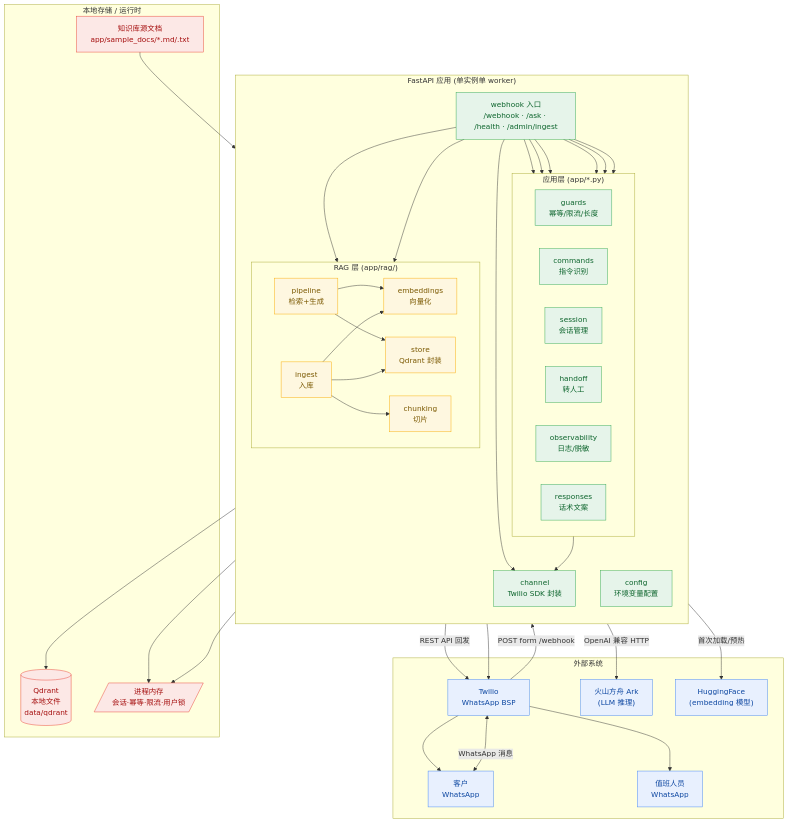
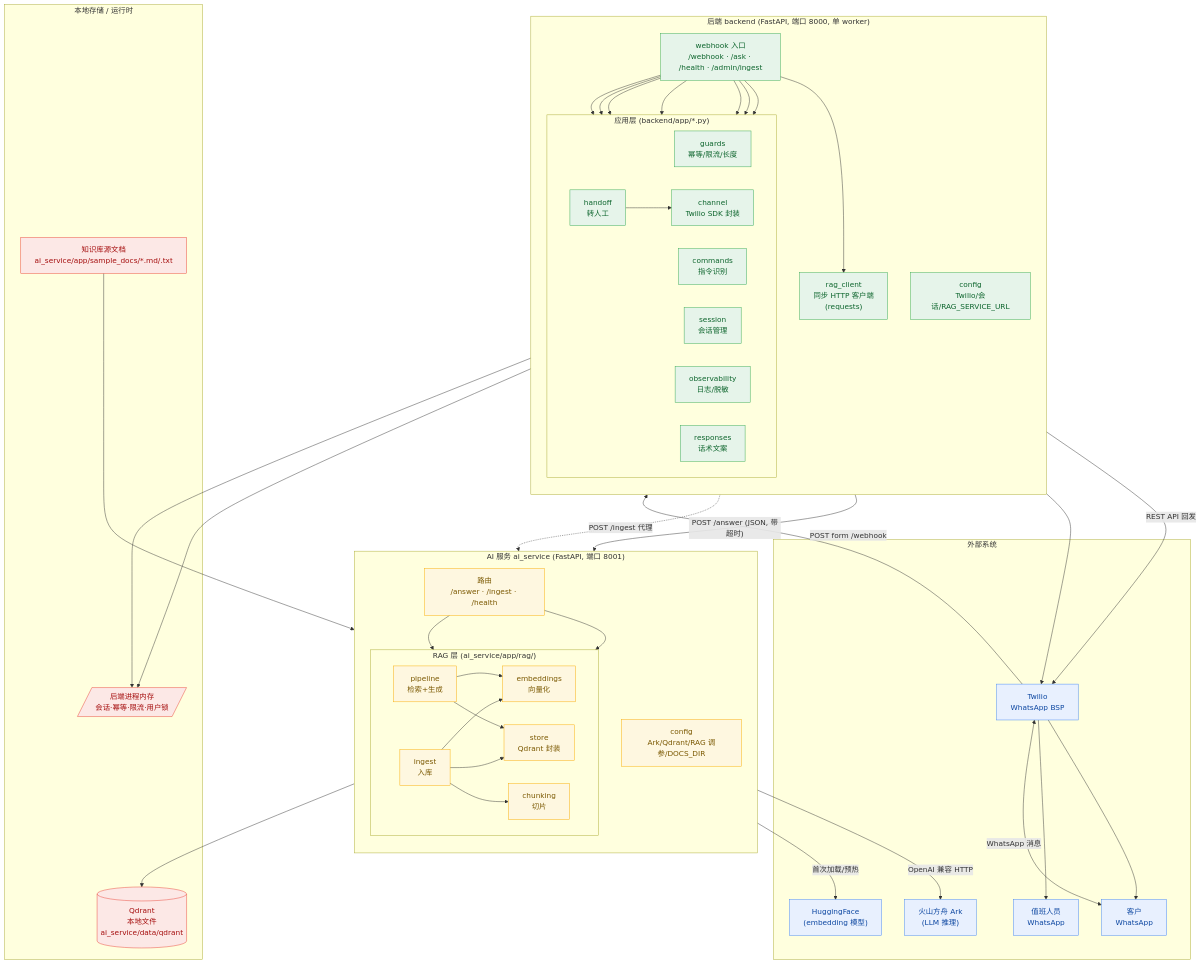
Before and after one commit to xiaozhao0309/whatsAppAgent: the first of 6 diagrams in docs/架构图.md, drawn with Mermaid. The commit also changed other lines of this file and 4 other files, not shown here.

First line of the commit message:
docs: align documentation with two-service (backend + ai_service) architecture

````diff
--- a/docs/架构图.md
+++ b/docs/架构图.md
@@ -16,11 +18,11 @@
         DUTY["值班人员<br/>WhatsApp"]
     end
 
-    subgraph APP["FastAPI 应用 (单实例单 worker)"]
+    subgraph BACKEND["后端 backend (FastAPI, 端口 8000, 单 worker)"]
         direction TB
-        MW["webhook 入口<br/>/webhook · /ask · /health · /admin/ingest"]
+        BW["webhook 入口<br/>/webhook · /ask · /health · /admin/ingest"]
 
-        subgraph CORE["应用层 (app/*.py)"]
+        subgraph BCORE["应用层 (backend/app/*.py)"]
             direction LR
             GD["guards<br/>幂等/限流/长度"]
             CM["commands<br/>指令识别"]
@@ -28,9 +30,18 @@
             HD["handoff<br/>转人工"]
             OBS["observability<br/>日志/脱敏"]
             RESP["responses<br/>话术文案"]
+            BCH["channel<br/>Twilio SDK 封装"]
         end
 
-        subgraph RAG["RAG 层 (app/rag/)"]
+        RC["rag_client<br/>同步 HTTP 客户端<br/>(requests)"]
+        BCFG["config<br/>Twilio/会话/RAG_SERVICE_URL"]
+    end
+
+    subgraph AISVC["AI 服务 ai_service (FastAPI, 端口 8001)"]
+        direction TB
+        AR["路由<br/>/answer · /ingest · /health"]
+
+        subgraph RAG["RAG 层 (ai_service/app/rag/)"]
             direction LR
             PL["pipeline<br/>检索+生成"]
             EM["embeddings<br/>向量化"]
@@ -39,53 +50,57 @@
             IG["ingest<br/>入库"]
         end
 
-        CH["channel<br/>Twilio SDK 封装"]
-        CFG["config<br/>环境变量配置"]
+        ACFG["config<br/>Ark/Qdrant/RAG 调参/DOCS_DIR"]
     end
 
     subgraph DATA["本地存储 / 运行时"]
-        QDR[("Qdrant<br/>本地文件<br/>data/qdrant")]
-        MEM[/"进程内存<br/>会话·幂等·限流·用户锁"/]
-        DOCS["知识库源文档<br/>app/sample_docs/*.md/.txt"]
+        QDR[("Qdrant<br/>本地文件<br/>ai_service/data/qdrant")]
+        MEM[/"后端进程内存<br/>会话·幂等·限流·用户锁"/]
+        DOCS["知识库源文档<br/>ai_service/app/sample_docs/*.md/.txt"]
     end
 
     U <-->|"WhatsApp 消息"| T
-    T -->|"POST form /webhook"| MW
-    MW -->|"REST API 回发"| T
+    T -->|"POST form /webhook"| BW
+    BW -->|"REST API 回发"| T
     T --> U
     T --> DUTY
 
-    MW --> GD
-    MW --> CM
-    MW --> SS
-    MW --> HD
-    MW --> PL
-    MW --> IG
-    MW --> OBS
-    MW --> RESP
+    BW --> GD
+    BW --> CM
+    BW --> SS
+    BW --> HD
+    BW --> RC
+    BW --> OBS
+    BW --> RESP
 
+    HD --> BCH
+    BW --> BCH
+    BCH --> T
+
+    RC -->|"POST /answer (JSON, 带超时)"| AR
+    BW -.->|"POST /ingest 代理"| AR
+
+    AR --> PL
+    AR --> IG
     PL --> EM
     PL --> ST
     IG --> CK
     IG --> EM
     IG --> ST
     ST --> QDR
-    SS --> MEM
-    GD --> MEM
-
-    HD --> CH
-    MW --> CH
-    CH --> T
     PL -->|"OpenAI 兼容 HTTP"| ARK
     EM -->|"首次加载/预热"| HF
     DOCS --> IG
 
+    SS --> MEM
+    GD --> MEM
+
     classDef ext fill:#e8f0fe,stroke:#4285f4,color:#0d47a1
-    classDef core fill:#e6f4ea,stroke:#34a853,color:#0d652d
-    classDef rag fill:#fef7e0,stroke:#f9ab00,color:#7a5800
+    classDef be fill:#e6f4ea,stroke:#34a853,color:#0d652d
+    classDef ai fill:#fef7e0,stroke:#f9ab00,color:#7a5800
     classDef data fill:#fce8e6,stroke:#ea4335,color:#a50e0e
     class U,T,ARK,HF,DUTY ext
-    class GD,CM,SS,HD,OBS,RESP,MW,CH,CFG core
-    class PL,EM,ST,CK,IG rag
+    class BW,GD,CM,SS,HD,OBS,RESP,BCH,RC,BCFG be
+    class AR,PL,EM,ST,CK,IG,ACFG ai
     class QDR,MEM,DOCS data
 ```
````
